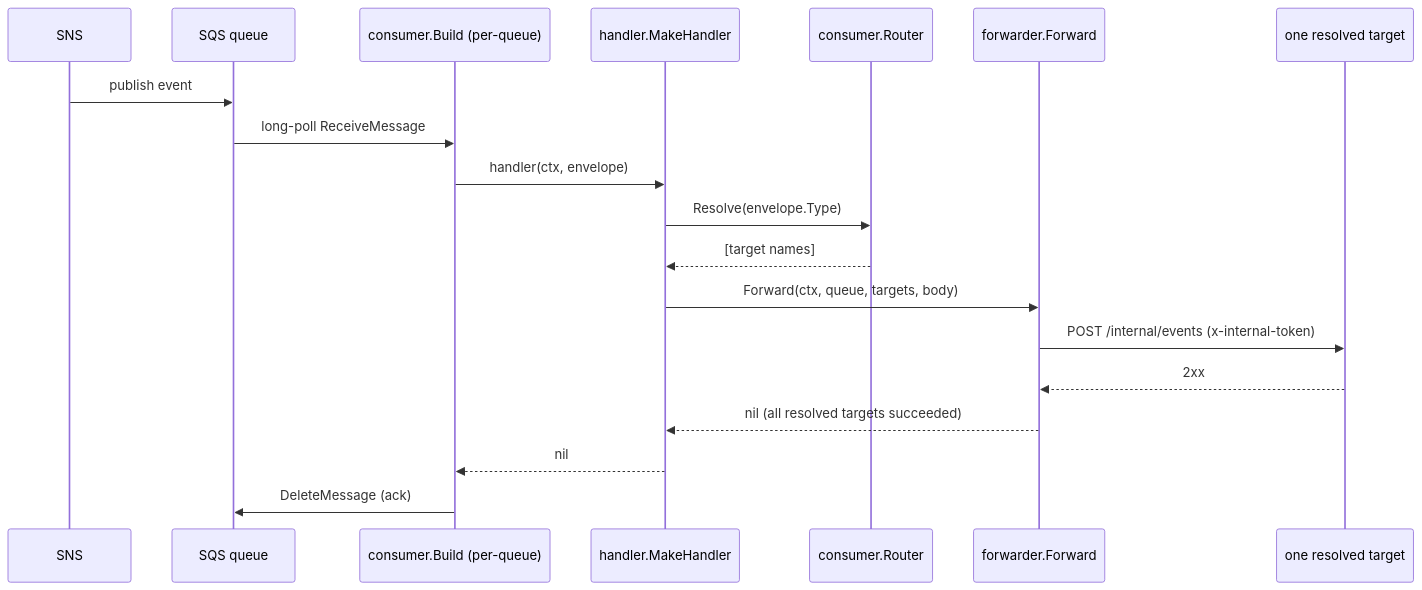
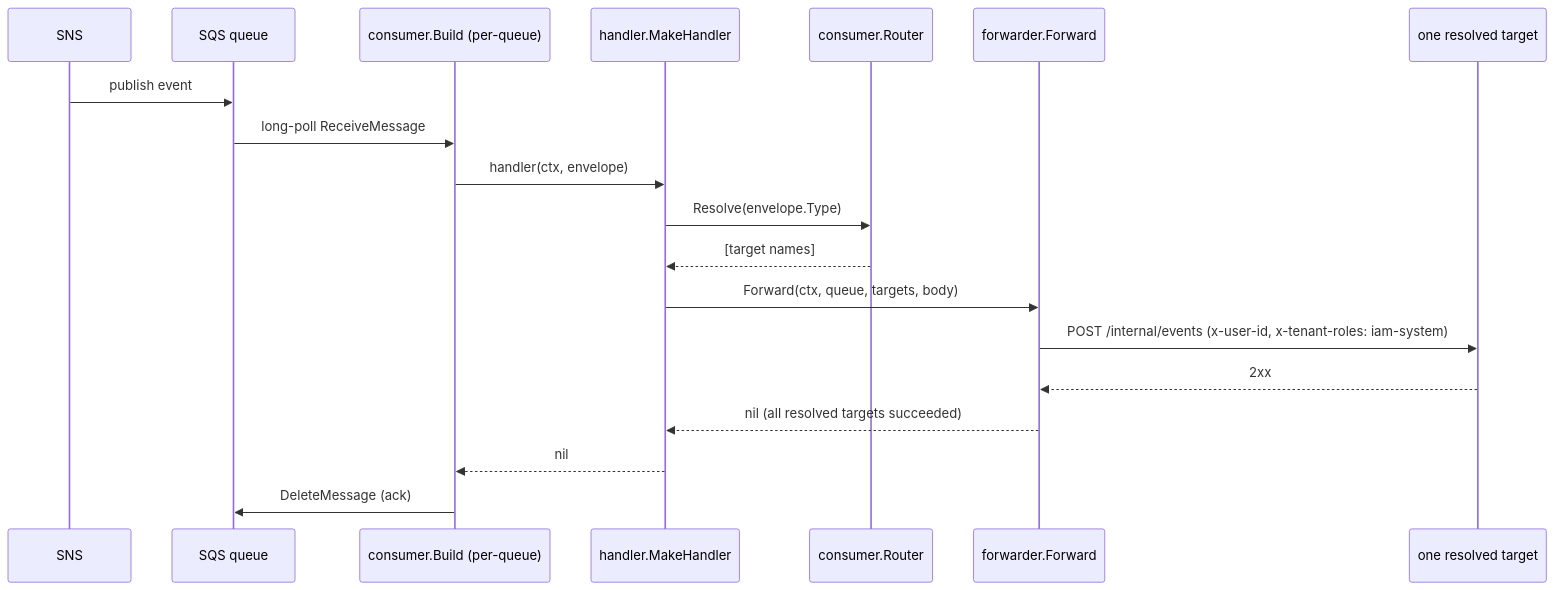
The diagram in docs/architecture/mermaid/sequence-ack.mmd (BCBP-SOLUTIONS-FZC-LLC/workflow-event-consumer), drawn with Mermaid before and after one commit. The commit also changed 46 other files, not shown here.

First line of the commit message:
feat(forwarder): forwarded events carry the system caller identity (#8)

```diff
--- a/docs/architecture/mermaid/sequence-ack.mmd
+++ b/docs/architecture/mermaid/sequence-ack.mmd
@@ -1,20 +1,20 @@
 sequenceDiagram
     participant SNS
     participant SQS as SQS queue
     participant C as consumer.Build (per-queue)
     participant H as handler.MakeHandler
     participant R as consumer.Router
     participant F as forwarder.Forward
     participant T as one resolved target
 
     SNS->>SQS: publish event
     SQS->>C: long-poll ReceiveMessage
     C->>H: handler(ctx, envelope)
     H->>R: Resolve(envelope.Type)
     R-->>H: [target names]
     H->>F: Forward(ctx, queue, targets, body)
-    F->>T: POST /internal/events (x-internal-token)
+    F->>T: POST /internal/events (x-user-id, x-tenant-roles: iam-system)
     T-->>F: 2xx
     F-->>H: nil (all resolved targets succeeded)
     H-->>C: nil
     C->>SQS: DeleteMessage (ack)
```
